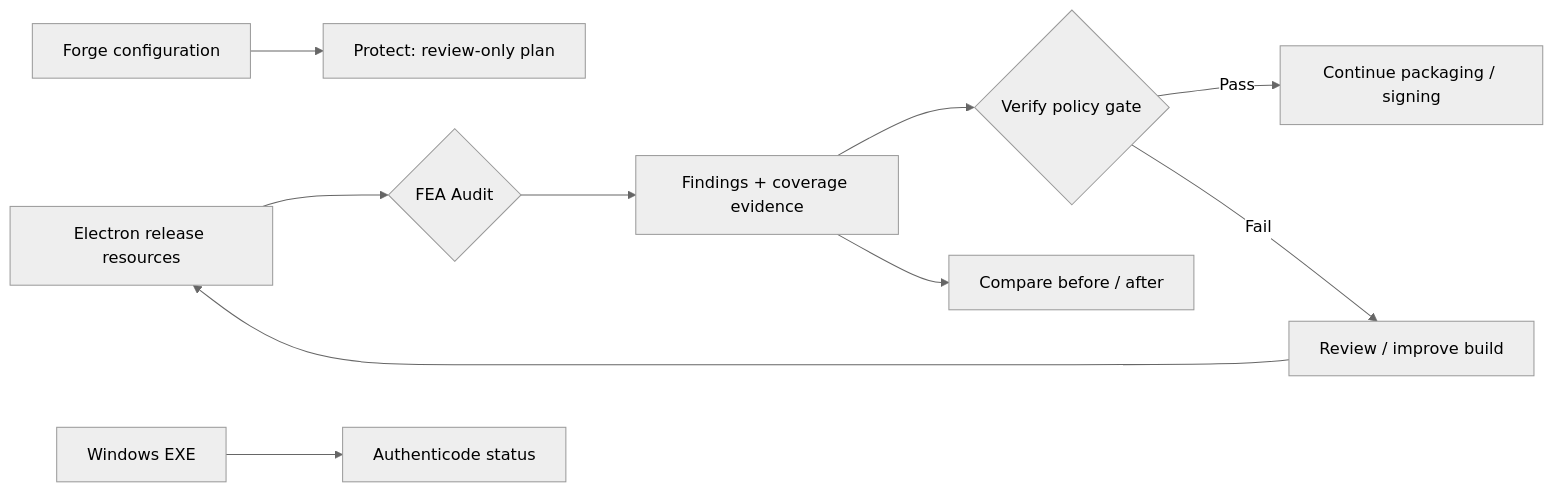
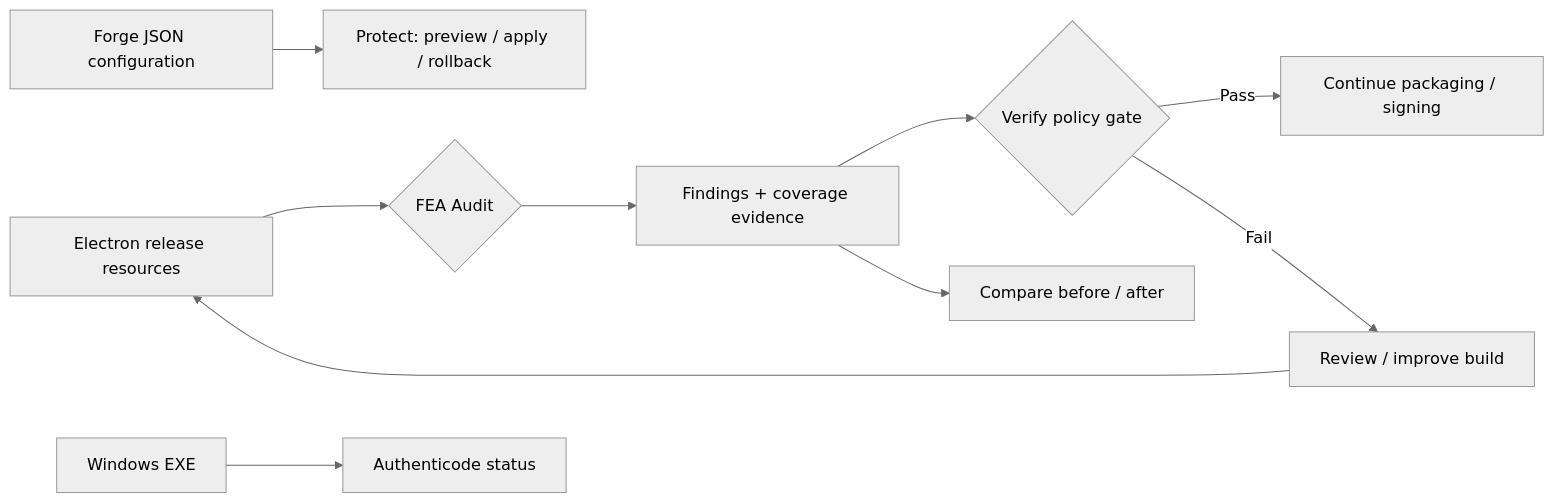
The diagram in README.en.md (MarsBaseX1/forward-engineer-anything), drawn with Mermaid (neutral theme) before and after one commit. The commit also changed other lines of this file, not shown here.

````diff
--- a/README.en.md
+++ b/README.en.md
@@ -44,12 +44,12 @@
 ```mermaid
 flowchart LR
     A[Electron release resources] --> B{FEA Audit}
     B --> C[Findings + coverage evidence]
     C --> D{Verify policy gate}
     D -->|Pass| E[Continue packaging / signing]
     D -->|Fail| F[Review / improve build]
     F --> A
     C --> G[Compare before / after]
-    H[Forge configuration] --> I[Protect: review-only plan]
+    H[Forge JSON configuration] --> I[Protect: preview / apply / rollback]
     J[Windows EXE] --> K[Authenticode status]
 ```
````
